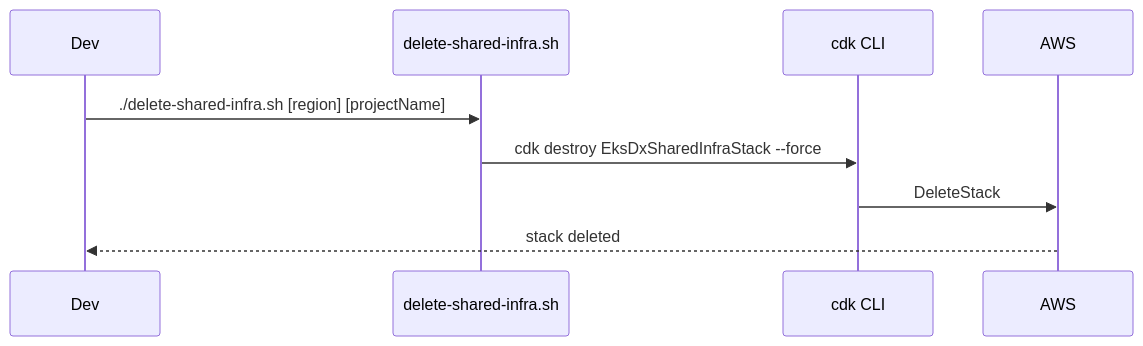
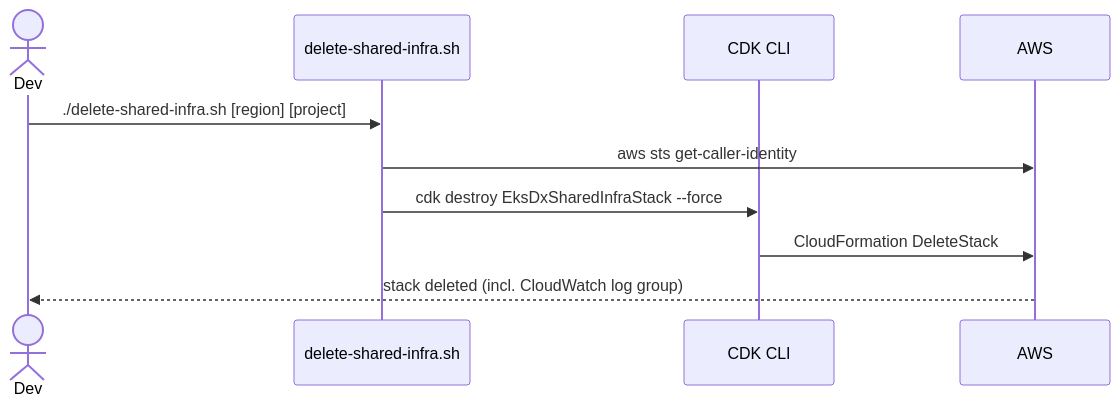
The second of 4 diagrams in .agents/summary/workflows.md (codriverlabs/express-compute-managed-k8s-infra), drawn with Mermaid before and after one commit. The commit also changed other lines of this file and 9 other files, not shown here.

````diff
--- a/.agents/summary/workflows.md
+++ b/.agents/summary/workflows.md
@@ -29,12 +32,13 @@
 ```mermaid
 sequenceDiagram
-    participant Dev
+    actor Dev
     participant Script as delete-shared-infra.sh
-    participant CDK as cdk CLI
+    participant CDK as CDK CLI
     participant AWS
 
-    Dev->>Script: ./delete-shared-infra.sh [region] [projectName]
+    Dev->>Script: ./delete-shared-infra.sh [region] [project]
+    Script->>AWS: aws sts get-caller-identity
     Script->>CDK: cdk destroy EksDxSharedInfraStack --force
-    CDK->>AWS: DeleteStack
-    AWS-->>Dev: stack deleted
+    CDK->>AWS: CloudFormation DeleteStack
+    AWS-->>Dev: stack deleted (incl. CloudWatch log group)
 ```
````
